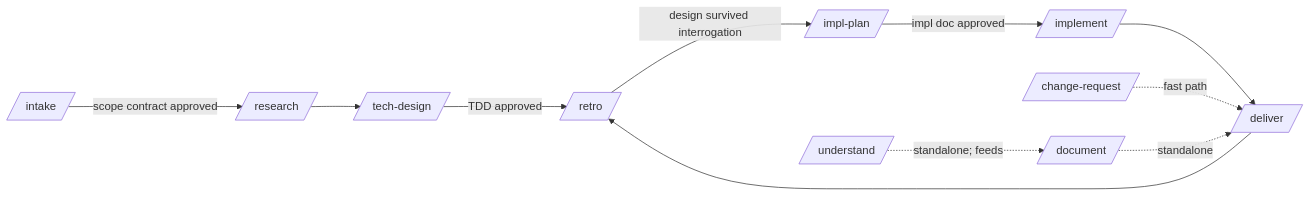
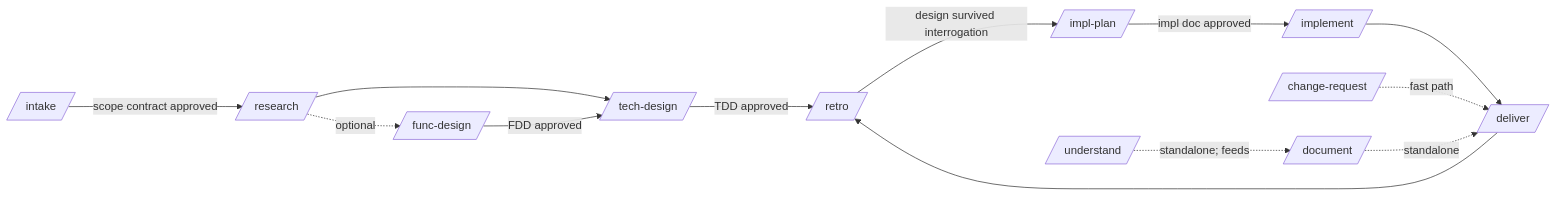
The diagram in README.md (Loneranger001/software_engineer_stack), drawn with Mermaid before and after one commit. The commit also changed other lines of this file and 46 other files, not shown here.

Commit message:
Add /func-design: functional design document skill (#23)

````diff
--- a/README.md
+++ b/README.md
@@ -7,14 +7,16 @@
 ```mermaid
 flowchart LR
     A[/intake/] -->|scope contract approved| B[/research/]
     B --> C[/tech-design/]
+    B -.optional.-> FD[/func-design/]
+    FD -->|FDD approved| C
     C -->|TDD approved| G[/grill/]
     G -->|design survived interrogation| D[/impl-plan/]
     D -->|impl doc approved| E[/implement/]
     E --> F[/deliver/]
     F --> G[/retro/]
 
     CR[/change-request/] -.fast path.-> F
     DOC[/document/] -.standalone.-> F
     UND[/understand/] -.standalone; feeds.-> DOC
 ```
````
